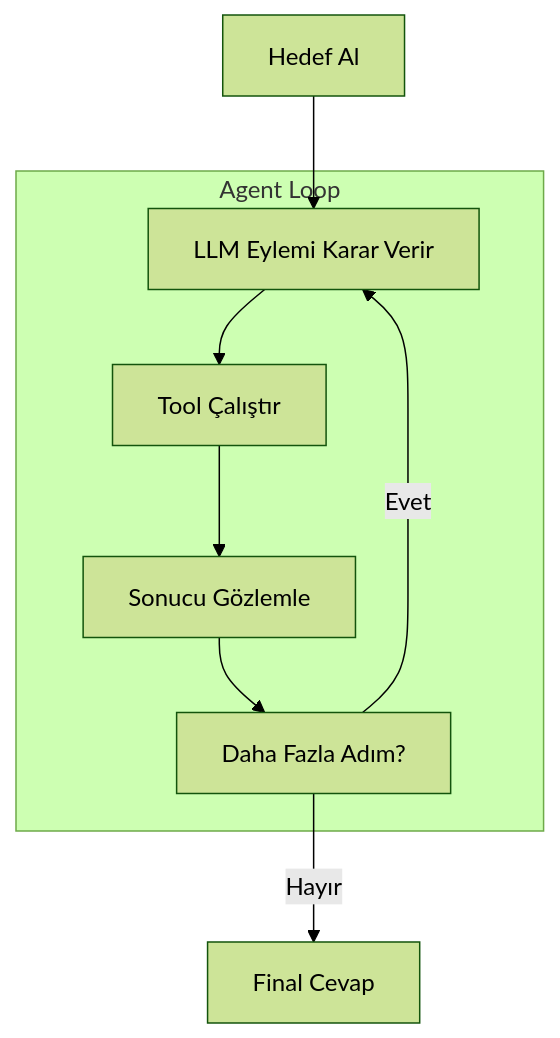
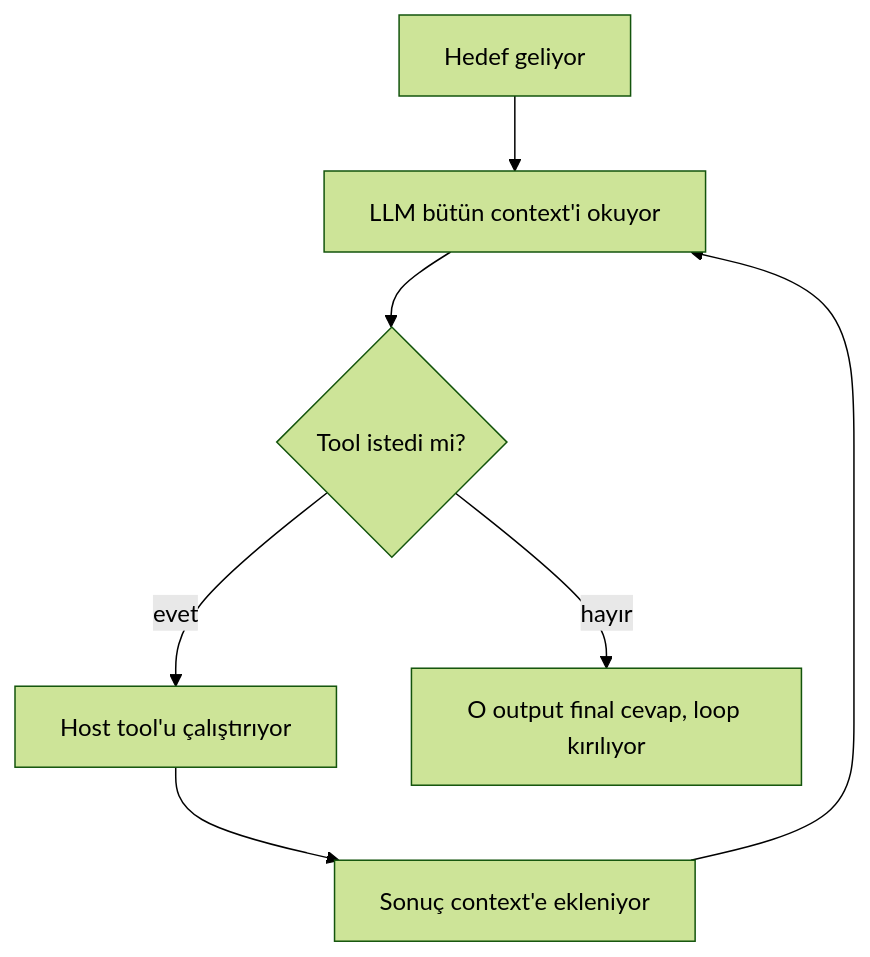
One commit to lokumai/ai-engineering-bazaar changed the first of 2 diagrams in mini-courses/1_fundamentals/6_agents_tr.md. Above: the diagram before and after it, drawn with Mermaid (forest theme). The commit also changed other lines of this file and 3 other files, not shown here.

````diff
--- a/mini-courses/1_fundamentals/6_agents_tr.md
+++ b/mini-courses/1_fundamentals/6_agents_tr.md
@@ -154,11 +38,9 @@
 ```mermaid
 graph TD
-    A[Hedef Al] --> B[LLM Eylemi Karar Verir]
-    subgraph Agent Loop
-        B --> C[Tool Çalıştır]
-        C --> D[Sonucu Gözlemle]
-        D --> E[Daha Fazla Adım?]
-        E -->|Evet| B
-    end
-    E -->|Hayır| F[Final Cevap]
+    A["Hedef geliyor"] --> B["LLM bütün context'i okuyor"]
+    B --> C{"Tool istedi mi?"}
+    C -->|evet| D["Host tool'u çalıştırıyor"]
+    D --> E["Sonuç context'e ekleniyor"]
+    E --> B
+    C -->|hayır| F["O output final cevap, loop kırılıyor"]
 ```
````
